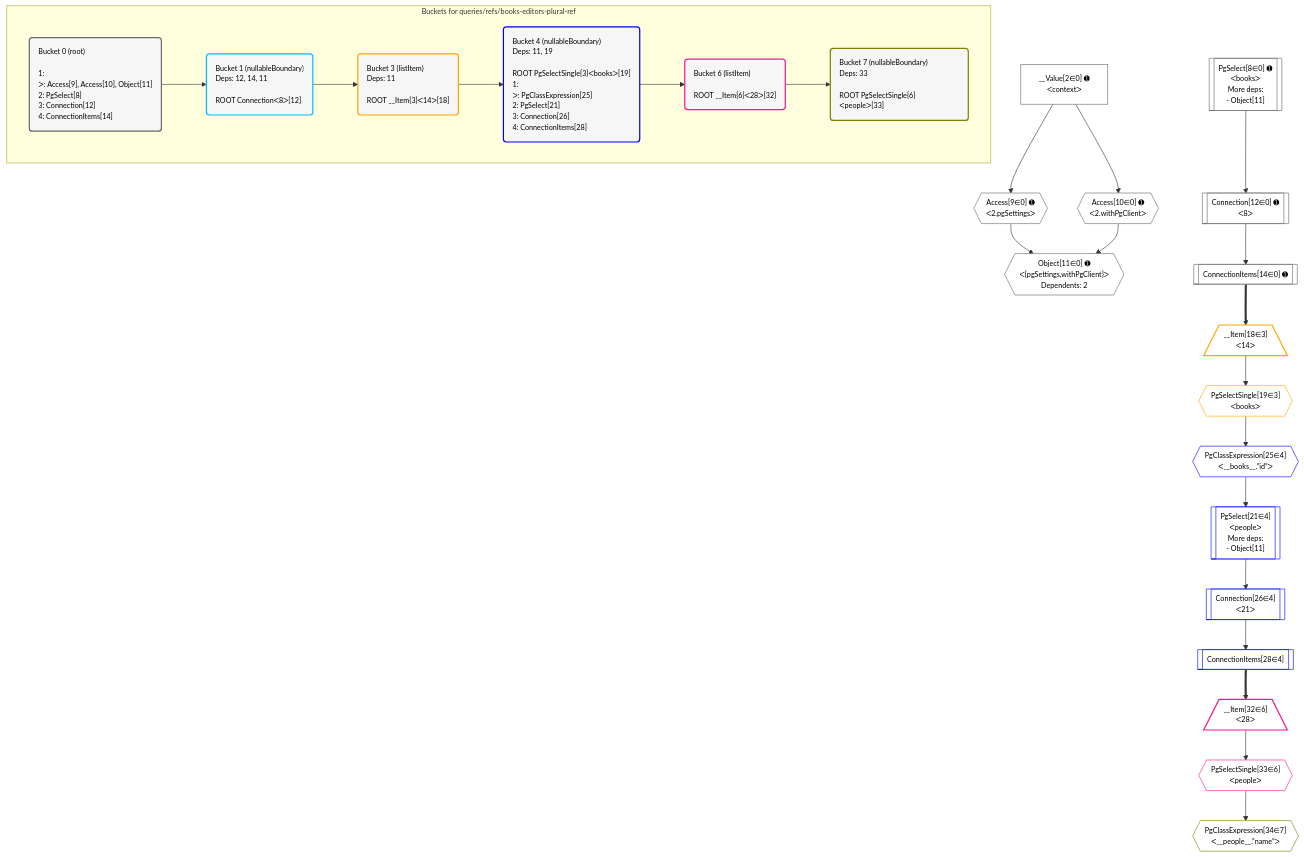
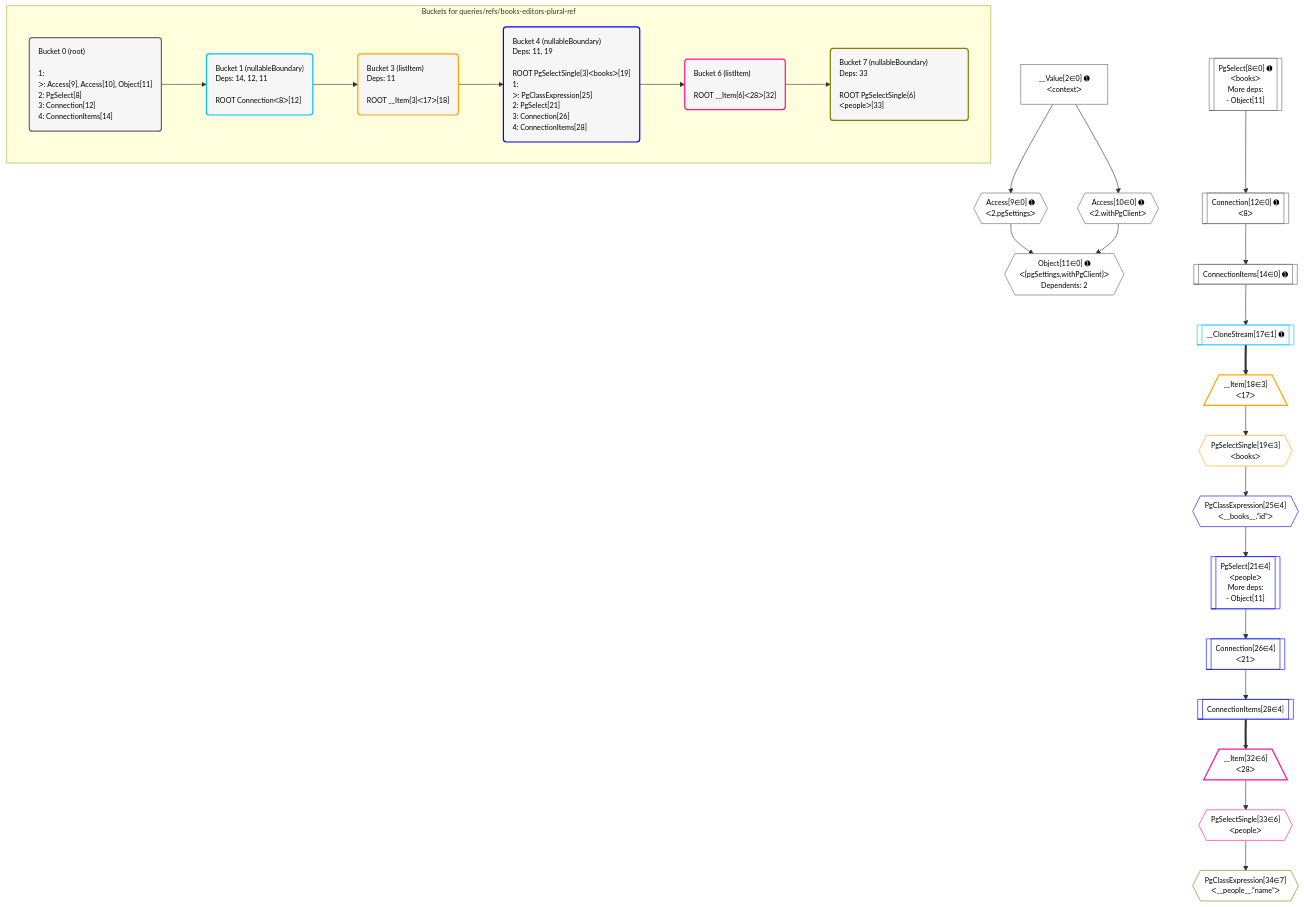
Before and after one commit to benjaie/crystal: the diagram in postgraphile/postgraphile/__tests__/queries/refs/books-editors-plural-ref.mermaid, drawn with Mermaid. The commit also changed 138 other files, not shown here.

Commit message:
Update mermaid snapshots

```diff
--- a/postgraphile/postgraphile/__tests__/queries/refs/books-editors-plural-ref.mermaid
+++ b/postgraphile/postgraphile/__tests__/queries/refs/books-editors-plural-ref.mermaid
@@ -1,68 +1,70 @@
 %%{init: {'themeVariables': { 'fontSize': '12px'}}}%%
 graph TD
     classDef path fill:#eee,stroke:#000,color:#000
     classDef plan fill:#fff,stroke-width:1px,color:#000
     classDef itemplan fill:#fff,stroke-width:2px,color:#000
     classDef unbatchedplan fill:#dff,stroke-width:1px,color:#000
     classDef sideeffectplan fill:#fcc,stroke-width:2px,color:#000
     classDef bucket fill:#f6f6f6,color:#000,stroke-width:2px,text-align:left
 
     subgraph "Buckets for queries/refs/books-editors-plural-ref"
     Bucket0("Bucket 0 (root)<br /><br />1: <br />ᐳ: Access[9], Access[10], Object[11]<br />2: PgSelect[8]<br />3: Connection[12]<br />4: ConnectionItems[14]"):::bucket
-    Bucket1("Bucket 1 (nullableBoundary)<br />Deps: 12, 14, 11<br /><br />ROOT Connectionᐸ8ᐳ[12]"):::bucket
-    Bucket3("Bucket 3 (listItem)<br />Deps: 11<br /><br />ROOT __Item{3}ᐸ14ᐳ[18]"):::bucket
+    Bucket1("Bucket 1 (nullableBoundary)<br />Deps: 14, 12, 11<br /><br />ROOT Connectionᐸ8ᐳ[12]"):::bucket
+    Bucket3("Bucket 3 (listItem)<br />Deps: 11<br /><br />ROOT __Item{3}ᐸ17ᐳ[18]"):::bucket
     Bucket4("Bucket 4 (nullableBoundary)<br />Deps: 11, 19<br /><br />ROOT PgSelectSingle{3}ᐸbooksᐳ[19]<br />1: <br />ᐳ: PgClassExpression[25]<br />2: PgSelect[21]<br />3: Connection[26]<br />4: ConnectionItems[28]"):::bucket
     Bucket6("Bucket 6 (listItem)<br /><br />ROOT __Item{6}ᐸ28ᐳ[32]"):::bucket
     Bucket7("Bucket 7 (nullableBoundary)<br />Deps: 33<br /><br />ROOT PgSelectSingle{6}ᐸpeopleᐳ[33]"):::bucket
     end
     Bucket0 --> Bucket1
     Bucket1 --> Bucket3
     Bucket3 --> Bucket4
     Bucket4 --> Bucket6
     Bucket6 --> Bucket7
 
     %% plan dependencies
     Object11{{"Object[11∈0] ➊<br />ᐸ{pgSettings,withPgClient}ᐳ<br />Dependents: 2"}}:::plan
     Access9{{"Access[9∈0] ➊<br />ᐸ2.pgSettingsᐳ"}}:::plan
     Access10{{"Access[10∈0] ➊<br />ᐸ2.withPgClientᐳ"}}:::plan
     Access9 & Access10 --> Object11
     PgSelect8[["PgSelect[8∈0] ➊<br />ᐸbooksᐳ<br />More deps:<br />- Object[11]"]]:::plan
     __Value2["__Value[2∈0] ➊<br />ᐸcontextᐳ"]:::plan
     __Value2 --> Access9
     __Value2 --> Access10
     Connection12[["Connection[12∈0] ➊<br />ᐸ8ᐳ"]]:::plan
     PgSelect8 --> Connection12
     ConnectionItems14[["ConnectionItems[14∈0] ➊"]]:::plan
     Connection12 --> ConnectionItems14
-    __Item18[/"__Item[18∈3]<br />ᐸ14ᐳ"\]:::itemplan
-    ConnectionItems14 ==> __Item18
+    __CloneStream17[["__CloneStream[17∈1] ➊"]]:::plan
+    ConnectionItems14 --> __CloneStream17
+    __Item18[/"__Item[18∈3]<br />ᐸ17ᐳ"\]:::itemplan
+    __CloneStream17 ==> __Item18
     PgSelectSingle19{{"PgSelectSingle[19∈3]<br />ᐸbooksᐳ"}}:::plan
     __Item18 --> PgSelectSingle19
     PgSelect21[["PgSelect[21∈4]<br />ᐸpeopleᐳ<br />More deps:<br />- Object[11]"]]:::plan
     PgClassExpression25{{"PgClassExpression[25∈4]<br />ᐸ__books__.”id”ᐳ"}}:::plan
     PgClassExpression25 --> PgSelect21
     PgSelectSingle19 --> PgClassExpression25
     Connection26[["Connection[26∈4]<br />ᐸ21ᐳ"]]:::plan
     PgSelect21 --> Connection26
     ConnectionItems28[["ConnectionItems[28∈4]"]]:::plan
     Connection26 --> ConnectionItems28
     __Item32[/"__Item[32∈6]<br />ᐸ28ᐳ"\]:::itemplan
     ConnectionItems28 ==> __Item32
     PgSelectSingle33{{"PgSelectSingle[33∈6]<br />ᐸpeopleᐳ"}}:::plan
     __Item32 --> PgSelectSingle33
     PgClassExpression34{{"PgClassExpression[34∈7]<br />ᐸ__people__.”name”ᐳ"}}:::plan
     PgSelectSingle33 --> PgClassExpression34
 
     %% define steps
     classDef bucket0 stroke:#696969
     class Bucket0,__Value2,PgSelect8,Access9,Access10,Object11,Connection12,ConnectionItems14 bucket0
     classDef bucket1 stroke:#00bfff
-    class Bucket1 bucket1
+    class Bucket1,__CloneStream17 bucket1
     classDef bucket3 stroke:#ffa500
     class Bucket3,__Item18,PgSelectSingle19 bucket3
     classDef bucket4 stroke:#0000ff
     class Bucket4,PgSelect21,PgClassExpression25,Connection26,ConnectionItems28 bucket4
     classDef bucket6 stroke:#ff1493
     class Bucket6,__Item32,PgSelectSingle33 bucket6
     classDef bucket7 stroke:#808000
     class Bucket7,PgClassExpression34 bucket7
```
